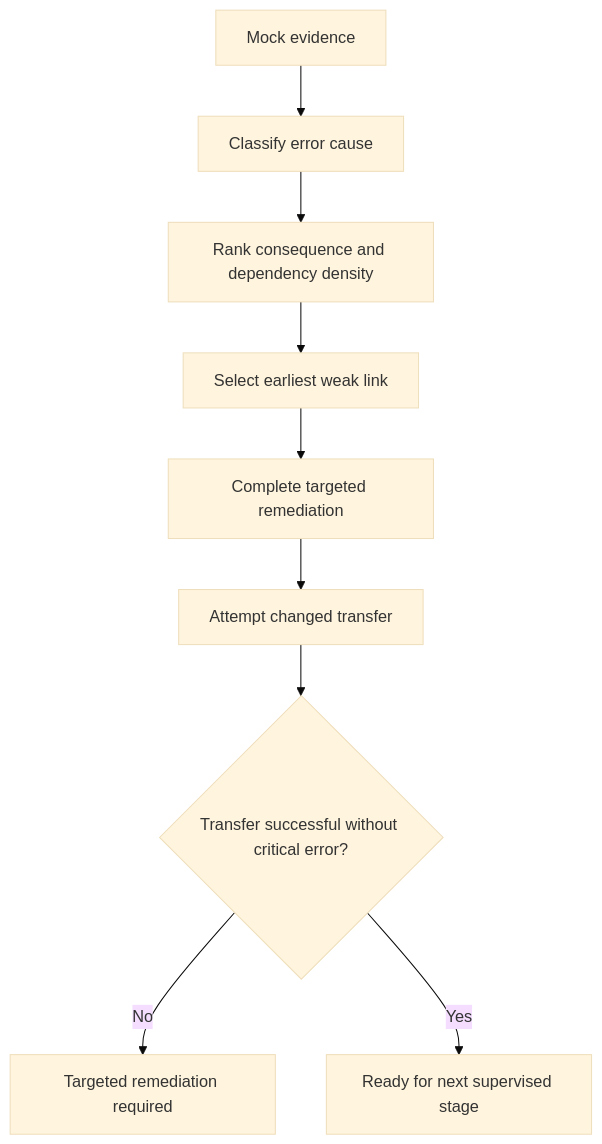
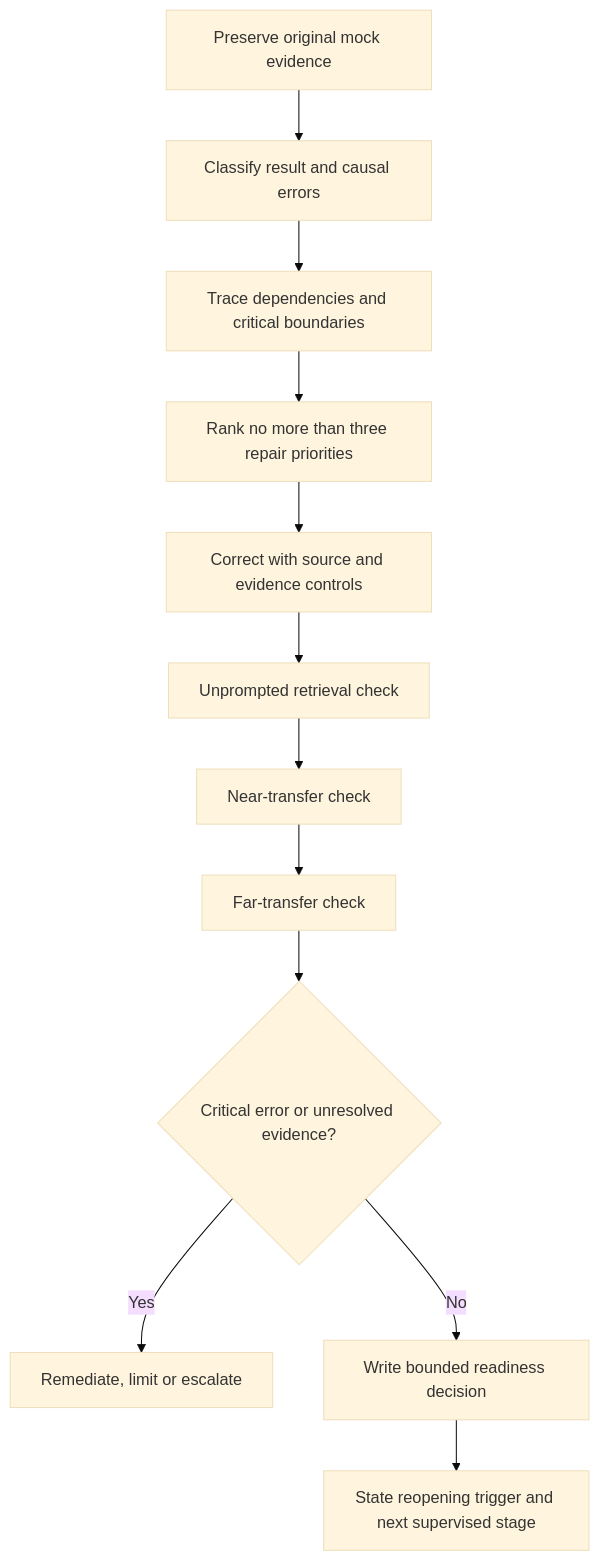
Before and after one commit to andrew3stedall/capstone: the diagram in docs/learning-plans/6-week/modules/day-42-mock-review-remediation-plan-and-final-readiness-decision.md, drawn with Mermaid (base theme). The commit also changed other lines of this file and 4 other files, not shown here.

Commit message:
Improve Day 42 mock review and readiness decision

````diff
--- a/docs/learning-plans/6-week/modules/day-42-mock-review-remediation-plan-and-final-readiness-decision.md
+++ b/docs/learning-plans/6-week/modules/day-42-mock-review-remediation-plan-and-final-readiness-decision.md
@@ -53,11 +98,14 @@
 ```mermaid
 flowchart TD
-    A[Mock evidence] --> B[Classify error cause]
-    B --> C[Rank consequence and dependency density]
-    C --> D[Select earliest weak link]
-    D --> E[Complete targeted remediation]
-    E --> F[Attempt changed transfer]
-    F --> G{Transfer successful without critical error?}
-    G -->|No| H[Targeted remediation required]
-    G -->|Yes| I[Ready for next supervised stage]
+    A[Preserve original mock evidence] --> B[Classify result and causal errors]
+    B --> C[Trace dependencies and critical boundaries]
+    C --> D[Rank no more than three repair priorities]
+    D --> E[Correct with source and evidence controls]
+    E --> F[Unprompted retrieval check]
+    F --> G[Near-transfer check]
+    G --> H[Far-transfer check]
+    H --> I{Critical error or unresolved evidence?}
+    I -->|Yes| J[Remediate, limit or escalate]
+    I -->|No| K[Write bounded readiness decision]
+    K --> L[State reopening trigger and next supervised stage]
 ```
````
